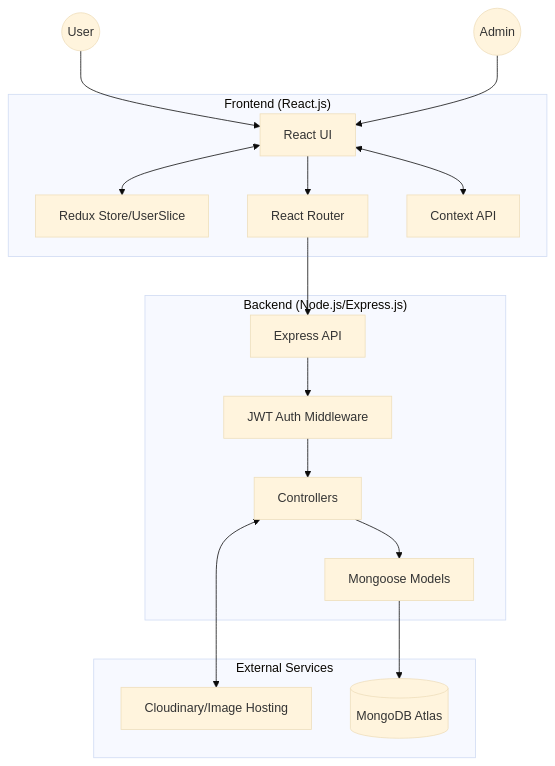
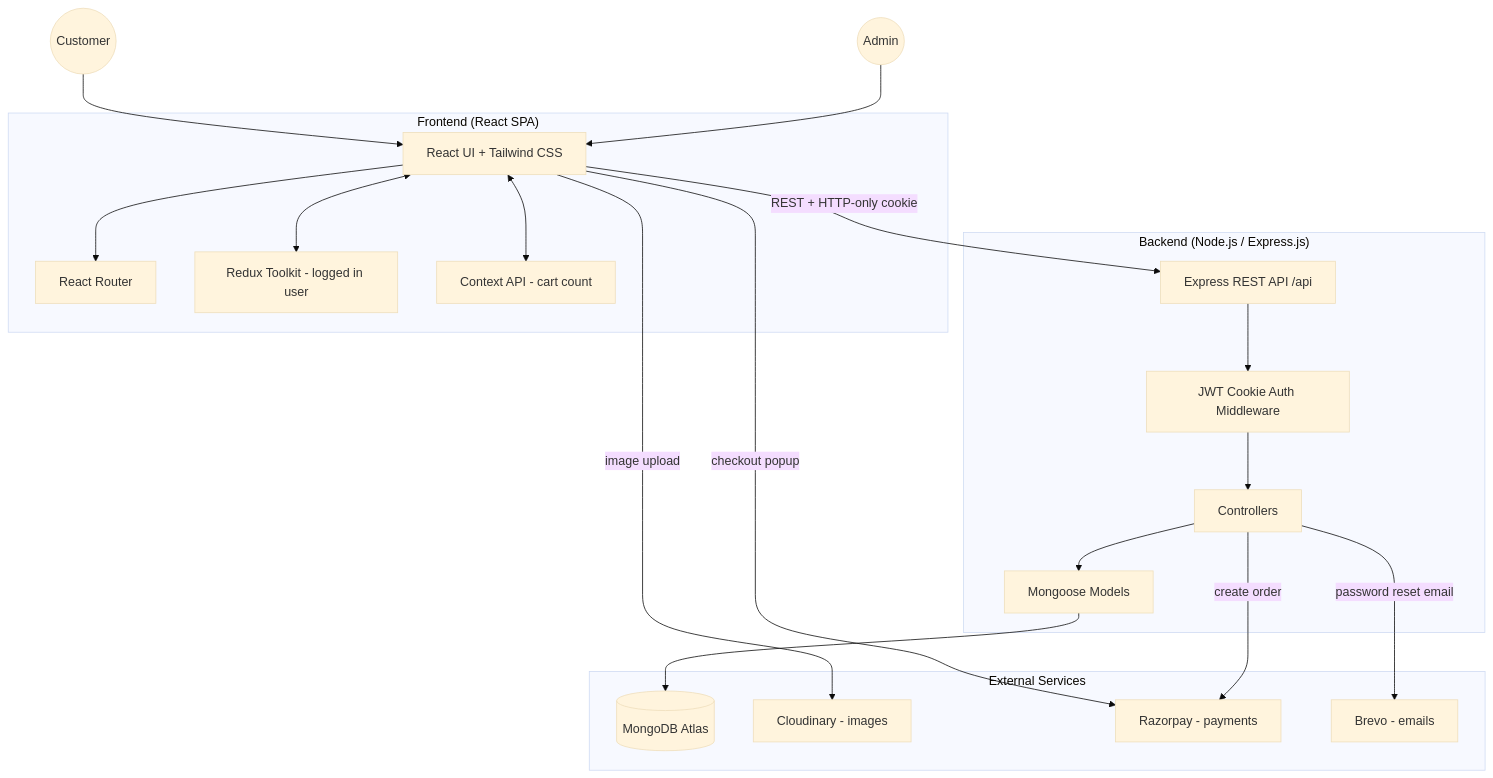
The diagram in README.md (SubhodipShee/e-commerce), drawn with Mermaid (base theme) before and after one commit. The commit also changed other lines of this file, not shown here.

````diff
--- a/README.md
+++ b/README.md
@@ -13,36 +13,41 @@
 ```mermaid
 graph TD
-    User((User))
+    User((Customer))
     Admin((Admin))
 
-    subgraph "Frontend (React.js)"
-        UI[React UI]
-        Redux[Redux Store/UserSlice]
+    subgraph "Frontend (React SPA)"
+        UI[React UI + Tailwind CSS]
         Router[React Router]
-        Context[Context API]
+        Redux[Redux Toolkit - logged in user]
+        Context[Context API - cart count]
     end
 
-    subgraph "Backend (Node.js/Express.js)"
-        API[Express API]
-        Auth[JWT Auth Middleware]
+    subgraph "Backend (Node.js / Express.js)"
+        API[Express REST API /api]
+        Auth[JWT Cookie Auth Middleware]
         Controllers[Controllers]
         Models[Mongoose Models]
     end
 
     subgraph "External Services"
-        Cloudinary[Cloudinary/Image Hosting]
         MongoDB[(MongoDB Atlas)]
+        Cloudinary[Cloudinary - images]
+        Razorpay[Razorpay - payments]
+        Brevo[Brevo - emails]
     end
 
     User --> UI
     Admin --> UI
     UI --> Router
-    Router --> API
+    UI <--> Redux
+    UI <--> Context
+    UI -->|REST + HTTP-only cookie| API
+    UI -->|image upload| Cloudinary
+    UI -->|checkout popup| Razorpay
     API --> Auth
     Auth --> Controllers
     Controllers --> Models
     Models --> MongoDB
-    Controllers <--> Cloudinary
-    UI <--> Redux
-    UI <--> Context
+    Controllers -->|create order| Razorpay
+    Controllers -->|password reset email| Brevo
 ```
````
